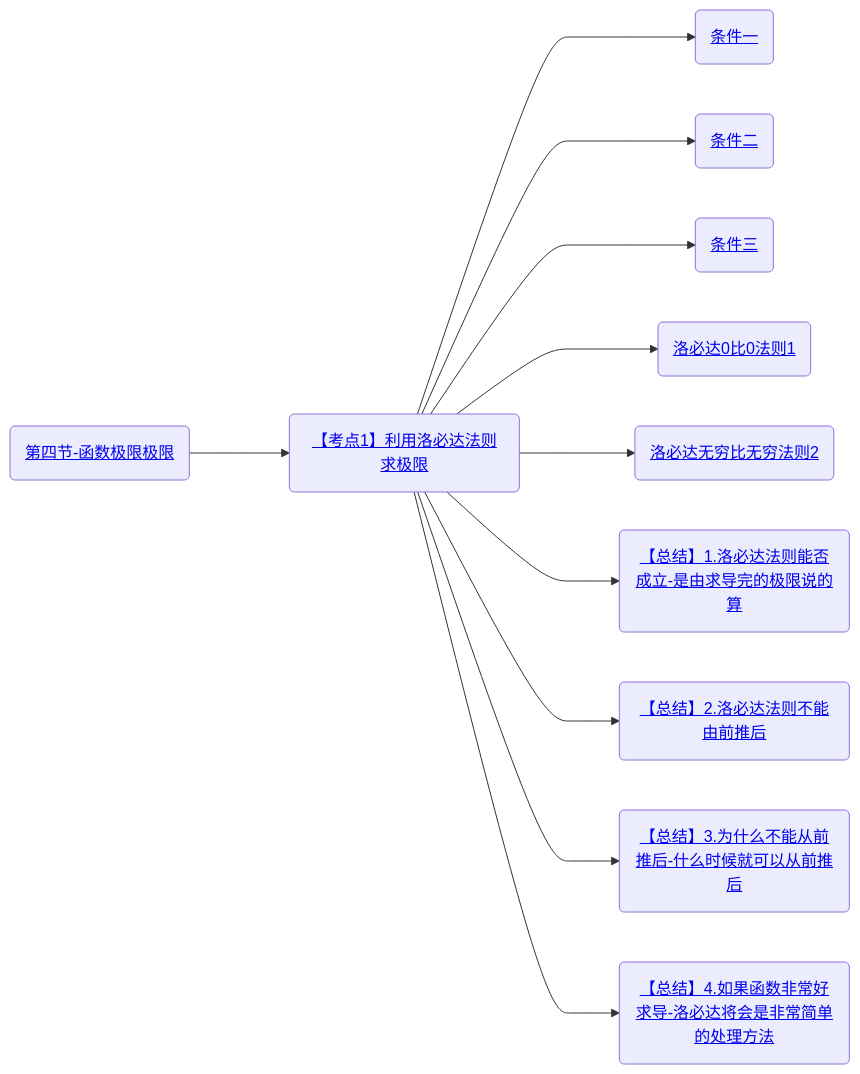
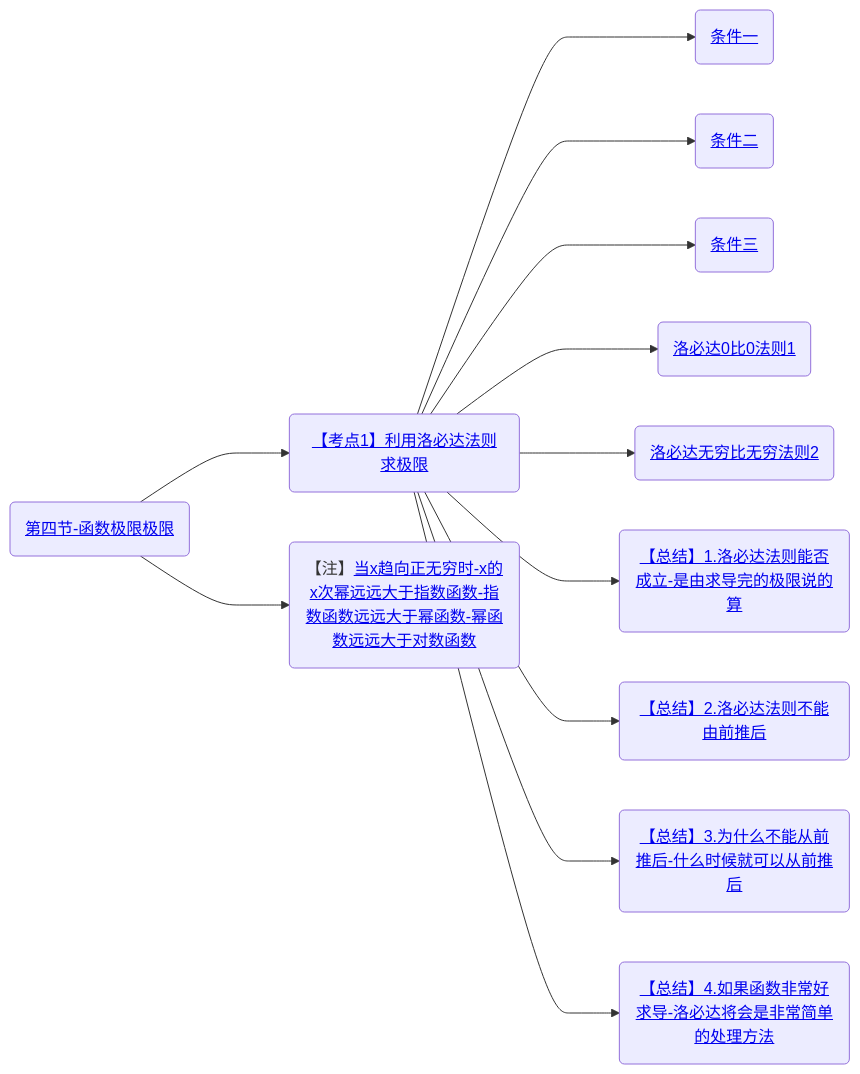
One commit to yuebinghui/note changed the fourth of 4 diagrams in 笔记/数学/周洋鑫/01.基础班思维导图.md. Above: the diagram before and after it, drawn with Mermaid. The commit also changed 3 other files, not shown here.

````diff
--- a/笔记/数学/周洋鑫/01.基础班思维导图.md
+++ b/笔记/数学/周洋鑫/01.基础班思维导图.md
@@ -120,17 +120,19 @@
 ```mermaid
 graph LR
 
 第四节-函数极限极限(<a href="/Users/yuebinghui/Documents/program/github/note/笔记/数学/周洋鑫/基础班/04.四则运算-拉格朗日及函数极限计算.md#第四节-函数极限极限">第四节-函数极限极限</>)
 
 第四节-函数极限极限--->利用洛必达法则求极限(<a href="/Users/yuebinghui/Documents/program/github/note/笔记/数学/周洋鑫/基础班/04.四则运算-拉格朗日及函数极限计算.md#利用洛必达法则求极限">【考点1】利用洛必达法则求极限</>)
 利用洛必达法则求极限--->条件一(<a href="/Users/yuebinghui/Documents/program/github/note/笔记/数学/周洋鑫/基础班/04.四则运算-拉格朗日及函数极限计算.md#条件一">条件一</>)
 利用洛必达法则求极限--->条件二(<a href="/Users/yuebinghui/Documents/program/github/note/笔记/数学/周洋鑫/基础班/04.四则运算-拉格朗日及函数极限计算.md#条件二">条件二</>)
 利用洛必达法则求极限--->条件三(<a href="/Users/yuebinghui/Documents/program/github/note/笔记/数学/周洋鑫/基础班/04.四则运算-拉格朗日及函数极限计算.md#条件三">条件三</>)
 
 利用洛必达法则求极限--->洛必达0比0法则1(<a href="/Users/yuebinghui/Documents/program/github/note/笔记/数学/周洋鑫/基础班/04.四则运算-拉格朗日及函数极限计算.md#洛必达0比0法则1">洛必达0比0法则1</>)
 利用洛必达法则求极限--->洛必达无穷比无穷法则2(<a href="/Users/yuebinghui/Documents/program/github/note/笔记/数学/周洋鑫/基础班/04.四则运算-拉格朗日及函数极限计算.md#洛必达无穷比无穷法则2">洛必达无穷比无穷法则2</>)
 利用洛必达法则求极限--->1.洛必达法则能否成立-是由求导完的极限说的算(<a href="/Users/yuebinghui/Documents/program/github/note/笔记/数学/周洋鑫/基础班/04.四则运算-拉格朗日及函数极限计算.md#1.洛必达法则能否成立-是由求导完的极限说的算">【总结】1.洛必达法则能否成立-是由求导完的极限说的算</>)
 利用洛必达法则求极限--->2.洛必达法则不能由前推后(<a href="/Users/yuebinghui/Documents/program/github/note/笔记/数学/周洋鑫/基础班/04.四则运算-拉格朗日及函数极限计算.md#2.洛必达法则不能由前推后">【总结】2.洛必达法则不能由前推后</>)
 利用洛必达法则求极限--->3.为什么不能从前推后-什么时候就可以从前推后(<a href="/Users/yuebinghui/Documents/program/github/note/笔记/数学/周洋鑫/基础班/04.四则运算-拉格朗日及函数极限计算.md#3.为什么不能从前推后-什么时候就可以从前推后">【总结】3.为什么不能从前推后-什么时候就可以从前推后</>)
 利用洛必达法则求极限--->4.如果函数非常好求导-洛必达将会是非常简单的处理方法(<a href="/Users/yuebinghui/Documents/program/github/note/笔记/数学/周洋鑫/基础班/04.四则运算-拉格朗日及函数极限计算.md#4.如果函数非常好求导-洛必达将会是非常简单的处理方法">【总结】4.如果函数非常好求导-洛必达将会是非常简单的处理方法</>)
+
+第四节-函数极限极限--->当x趋向正无穷时-x的x次幂远远大于指数函数-指数函数远远大于幂函数-幂函数远远大于对数函数(【注】<a href="/Users/yuebinghui/Documents/program/github/note/笔记/数学/周洋鑫/基础班/04.四则运算-拉格朗日及函数极限计算.md#当x趋向正无穷时-x的x次幂远远大于指数函数-指数函数远远大于幂函数-幂函数远远大于对数函数">当x趋向正无穷时-x的x次幂远远大于指数函数-指数函数远远大于幂函数-幂函数远远大于对数函数</>)
 ```
````
